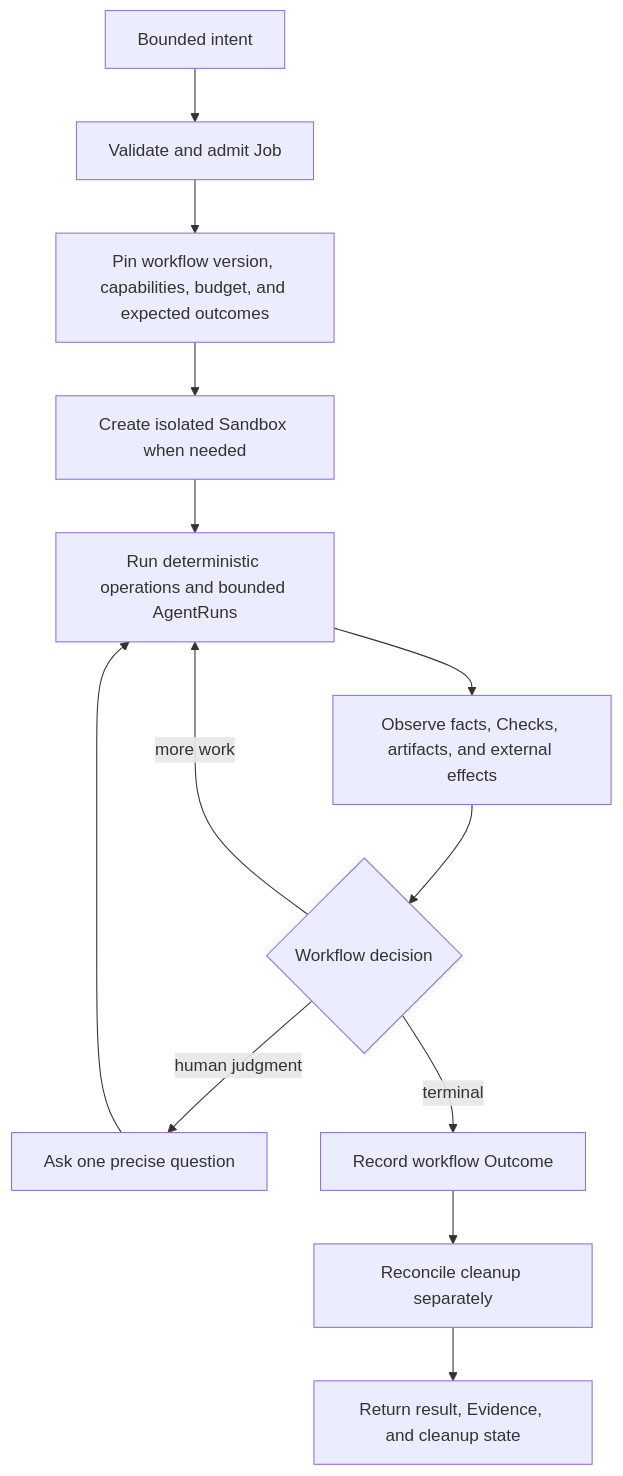
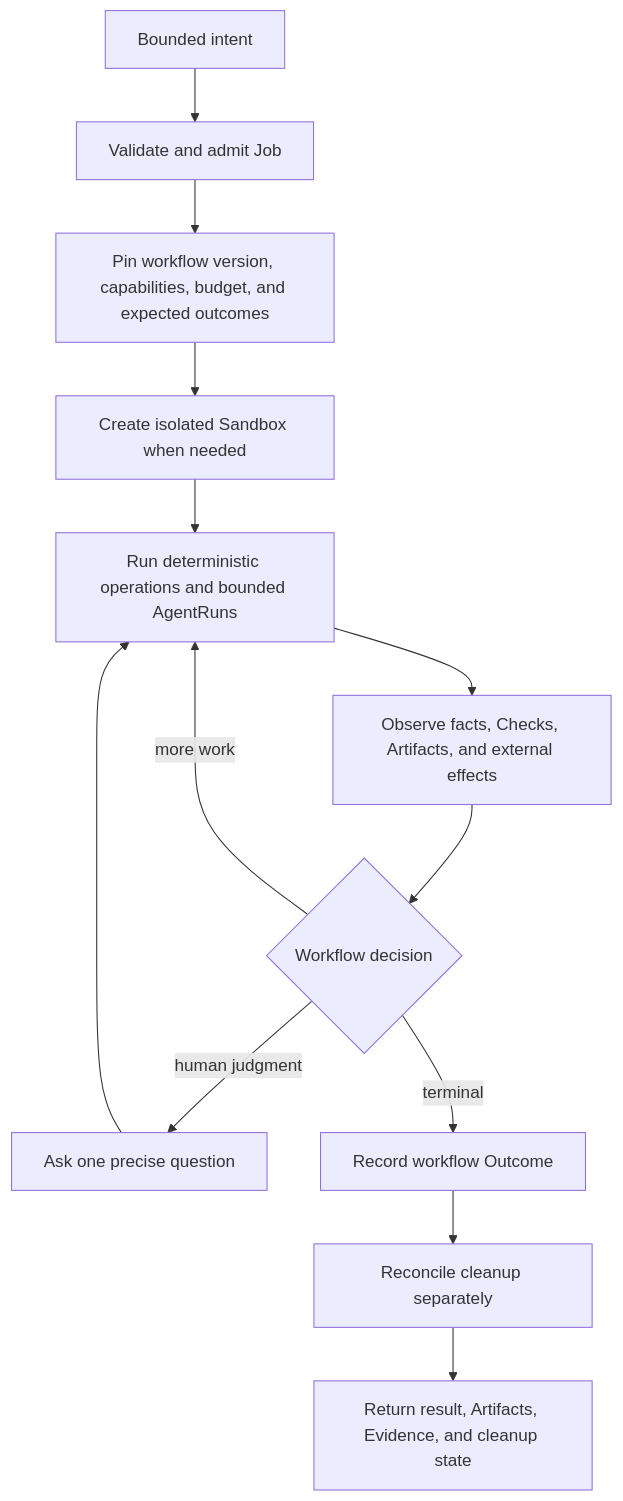
The diagram in docs/project/north-star.md (aphronio/dorf), drawn with Mermaid before and after one commit. The commit also changed other lines of this file and 39 other files, not shown here.

````diff
--- a/docs/project/north-star.md
+++ b/docs/project/north-star.md
@@ -86,15 +87,15 @@
 ```mermaid
 flowchart TD
     Intent["Bounded intent"] --> Admit["Validate and admit Job"]
     Admit --> Contract["Pin workflow version, capabilities, budget, and expected outcomes"]
     Contract --> Sandbox["Create isolated Sandbox when needed"]
     Sandbox --> Work["Run deterministic operations and bounded AgentRuns"]
-    Work --> Observe["Observe facts, Checks, artifacts, and external effects"]
+    Work --> Observe["Observe facts, Checks, Artifacts, and external effects"]
     Observe --> Decide{"Workflow decision"}
     Decide -->|"more work"| Work
     Decide -->|"human judgment"| Attention["Ask one precise question"]
     Attention --> Work
     Decide -->|"terminal"| Outcome["Record workflow Outcome"]
     Outcome --> Cleanup["Reconcile cleanup separately"]
-    Cleanup --> Receipt["Return result, Evidence, and cleanup state"]
+    Cleanup --> Receipt["Return result, Artifacts, Evidence, and cleanup state"]
 ```
````
